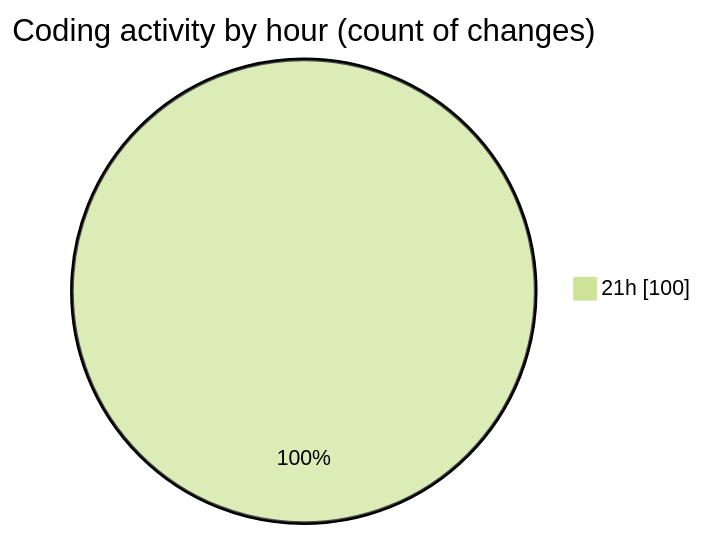
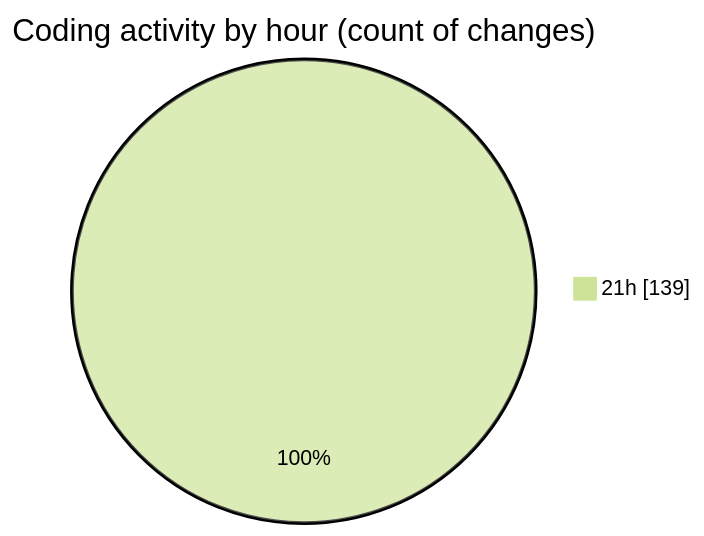
One commit to Ritupan-Deka/code-tracking changed the second of 2 diagrams in 2025-08-03/javascript/README.md. Above: the diagram before and after it, drawn with Mermaid (forest theme). The commit also changed other lines of this file and 1 other file, not shown here.

````diff
--- a/2025-08-03/javascript/README.md
+++ b/2025-08-03/javascript/README.md
@@ -31,5 +31,5 @@
 ```mermaid
 pie showData
 title Coding activity by hour (count of changes)
-"21h" : 100
+"21h" : 139
 ```
````
